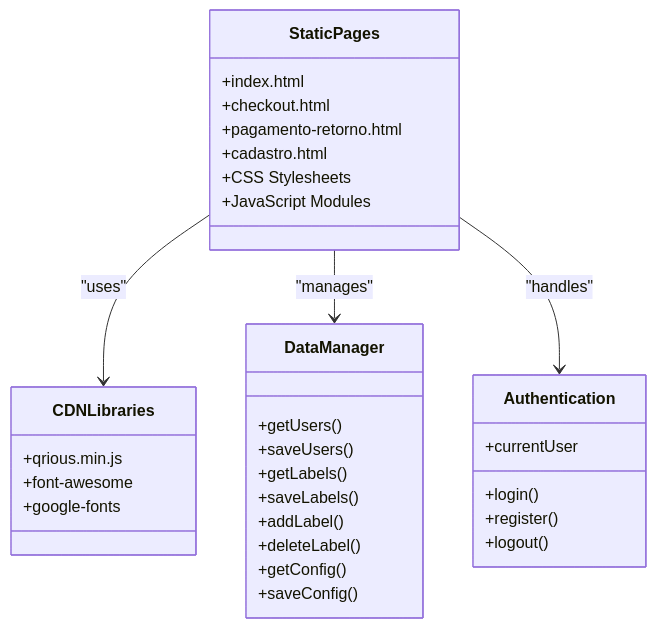
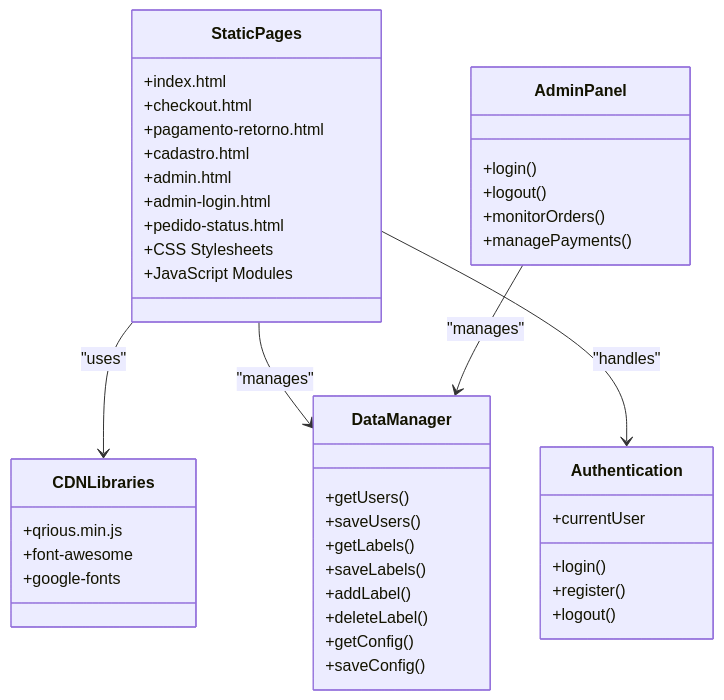
The third of 17 diagrams in .qoder/repowiki/en/content/Project Overview/Technical Architecture Overview.md (Alexandrexicara/qretiquetas.com), drawn with Mermaid before and after one commit. The commit also changed other lines of this file and 6 other files, not shown here.

````diff
--- a/.qoder/repowiki/en/content/Project Overview/Technical Architecture Overview.md
+++ b/.qoder/repowiki/en/content/Project Overview/Technical Architecture Overview.md
@@ -130,35 +163,45 @@
 ```mermaid
 classDiagram
 class StaticPages {
 +index.html
 +checkout.html
 +pagamento-retorno.html
 +cadastro.html
++admin.html
++admin-login.html
++pedido-status.html
 +CSS Stylesheets
 +JavaScript Modules
 }
 class CDNLibraries {
 +qrious.min.js
 +font-awesome
 +google-fonts
 }
 class DataManager {
 +getUsers()
 +saveUsers()
 +getLabels()
 +saveLabels()
 +addLabel()
 +deleteLabel()
 +getConfig()
 +saveConfig()
 }
 class Authentication {
 +login()
 +register()
 +logout()
 +currentUser
 }
+class AdminPanel {
++login()
++logout()
++monitorOrders()
++managePayments()
+}
 StaticPages --> CDNLibraries : "uses"
 StaticPages --> DataManager : "manages"
 StaticPages --> Authentication : "handles"
+AdminPanel --> DataManager : "manages"
 ```
````
